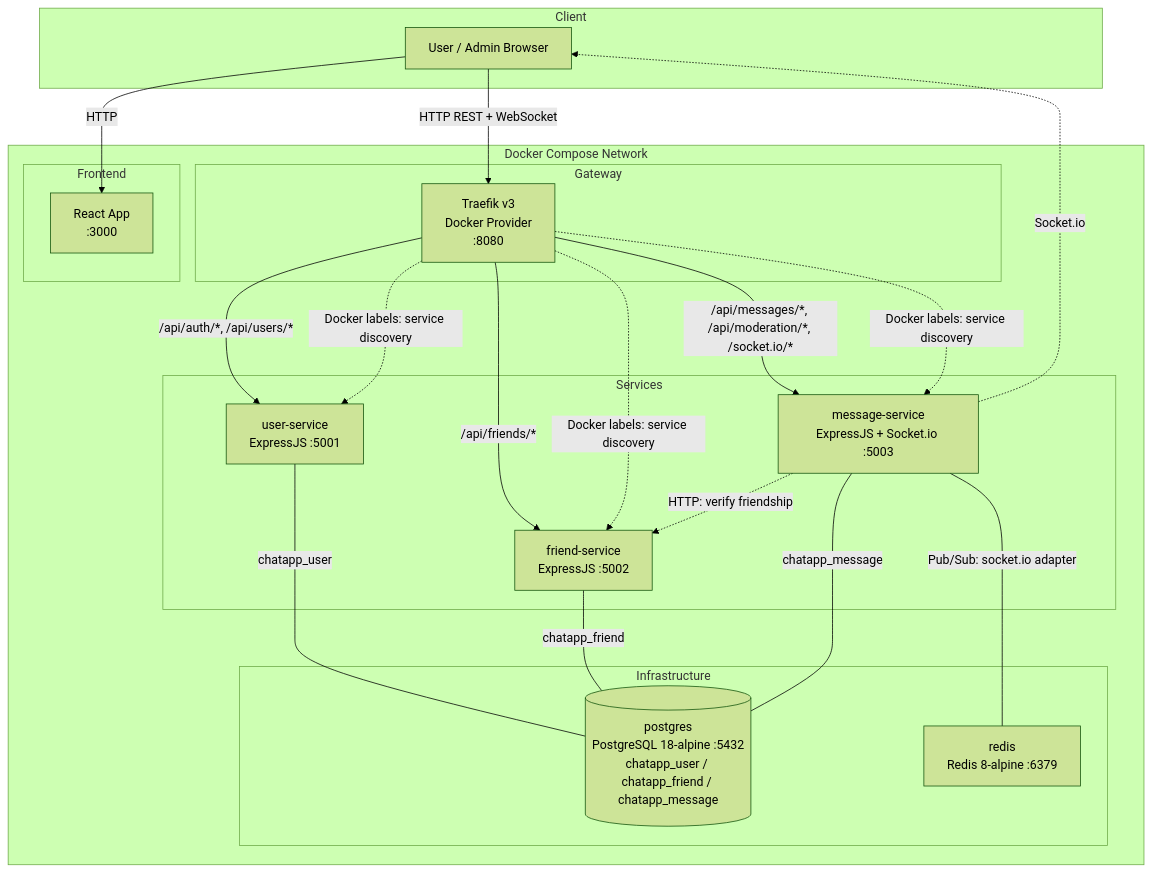
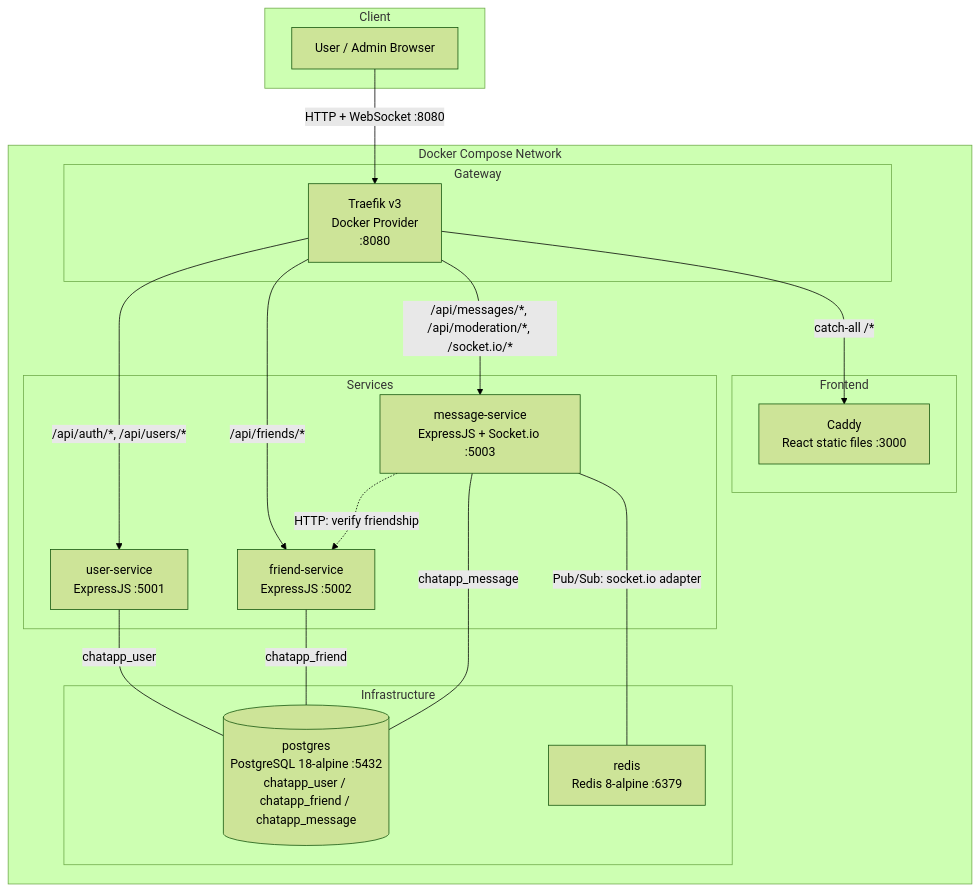
The diagram in docs/architecture.md (HiepNguyen284/chatapp-microservice), drawn with Mermaid (forest theme) before and after one commit. The commit also changed other lines of this file, not shown here.

Commit message:
docs: use Caddy for static files, route Socket.io through Traefik

````diff
--- a/docs/architecture.md
+++ b/docs/architecture.md
@@ -119,48 +123,42 @@
 ```mermaid
 graph TB
     subgraph Client
         U[User / Admin Browser]
     end
 
     subgraph Docker Compose Network
         subgraph Gateway
             GW[Traefik v3<br/>Docker Provider<br/>:8080]
+        end
+
+        subgraph Frontend
+            FE[Caddy<br/>React static files :3000]
         end
 
         subgraph Services
             US[user-service<br/>ExpressJS :5001]
             FS[friend-service<br/>ExpressJS :5002]
             MS[message-service<br/>ExpressJS + Socket.io :5003]
         end
 
         subgraph Infrastructure
             PG[(postgres<br/>PostgreSQL 18-alpine :5432<br/>chatapp_user / chatapp_friend / chatapp_message)]
             RD[redis<br/>Redis 8-alpine :6379]
         end
-
-        subgraph Frontend
-            FE[React App<br/>:3000]
-        end
     end
 
-    U -->|HTTP| FE
-    U -->|HTTP REST + WebSocket| GW
+    U -->|HTTP + WebSocket :8080| GW
 
+    GW -->|catch-all /*| FE
     GW -->|/api/auth/*, /api/users/*| US
     GW -->|/api/friends/*| FS
     GW -->|/api/messages/*, /api/moderation/*, /socket.io/*| MS
-
-    GW -.->|Docker labels: service discovery| US
-    GW -.->|Docker labels: service discovery| FS
-    GW -.->|Docker labels: service discovery| MS
 
     MS -.->|HTTP: verify friendship| FS
 
     US --- |chatapp_user| PG
     FS --- |chatapp_friend| PG
     MS --- |chatapp_message| PG
 
     MS ---|Pub/Sub: socket.io adapter| RD
-
-    MS -.->|Socket.io| U
 ```
````
